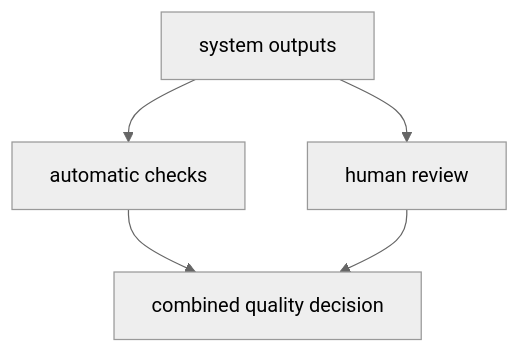
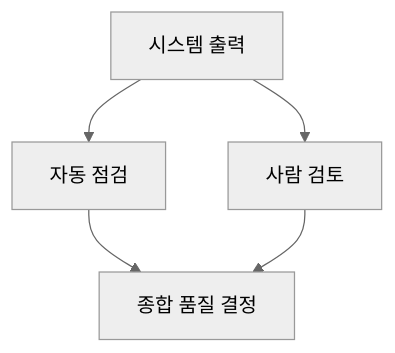
One commit to devchan64/AiBook changed the diagram in docs/assets/part-06/chapter-15/p6-c15-s02-diagram-02-ko.mmd. Above: the diagram before and after it, drawn with Mermaid (neutral theme). The commit also changed 139 other files, not shown here.

Commit message:
part6: expand beginner examples and diagram updates

```diff
--- a/docs/assets/part-06/chapter-15/p6-c15-s02-diagram-02-ko.mmd
+++ b/docs/assets/part-06/chapter-15/p6-c15-s02-diagram-02-ko.mmd
@@ -1,10 +1,10 @@
 flowchart TD
-  A["system outputs"]
-  B["automatic checks"]
-  C["human review"]
-  D["combined quality decision"]
+  A["시스템 출력"]
+  B["자동 점검"]
+  C["사람 검토"]
+  D["종합 품질 결정"]
 
   A --> B
   A --> C
   B --> D
   C --> D
```
